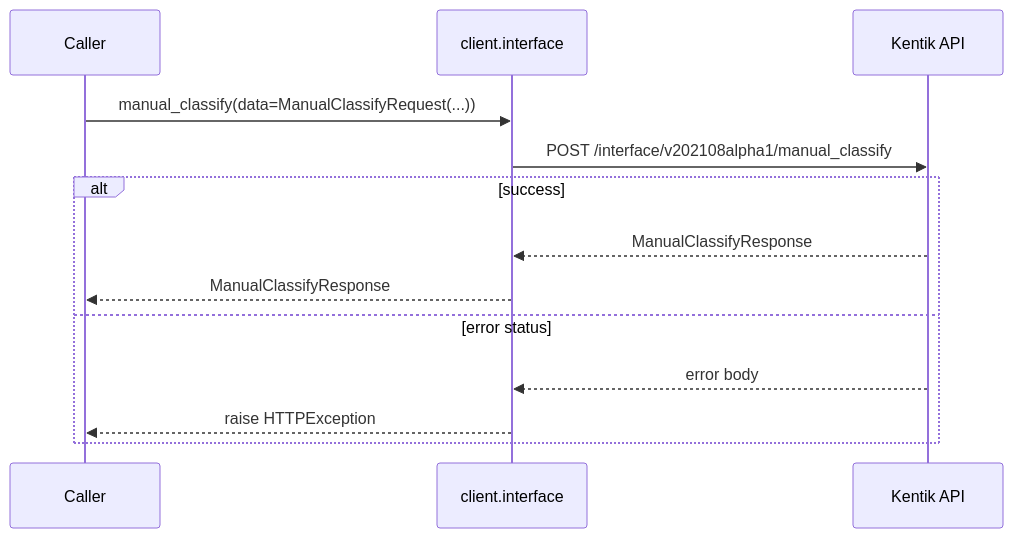
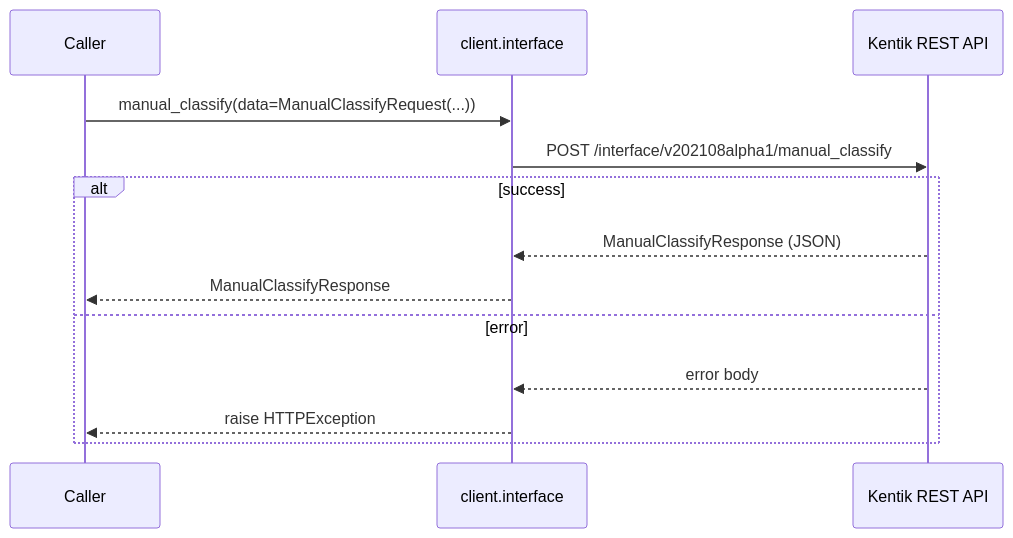
One commit to alexdearaujo/community_sdk_python changed diagram 12 of 14 in docs/sphinx/services/interface.md. Above: the diagram before and after it, drawn with Mermaid. The commit also changed other lines of this file and 61 other files, not shown here.

````diff
--- a/docs/sphinx/services/interface.md
+++ b/docs/sphinx/services/interface.md
@@ -289,16 +416,16 @@
 ```mermaid
 sequenceDiagram
     participant C as Caller
     participant W as client.interface
-    participant API as Kentik API
+    participant API as Kentik REST API
 
     C->>W: manual_classify(data=ManualClassifyRequest(...))
     W->>API: POST /interface/v202108alpha1/manual_classify
     alt success
-        API-->>W: ManualClassifyResponse
+        API-->>W: ManualClassifyResponse (JSON)
         W-->>C: ManualClassifyResponse
-    else error status
+    else error
         API-->>W: error body
         W-->>C: raise HTTPException
     end
 ```
````
